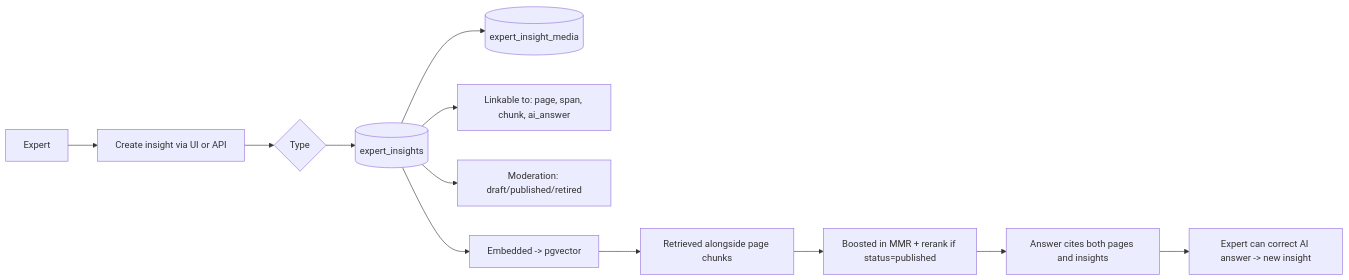
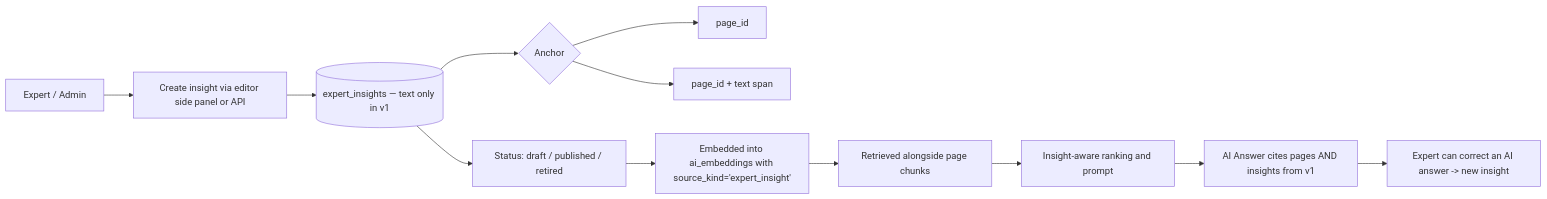
Before and after one commit to Hibaoui-Yahya/ConqrHub: the third of 7 diagrams in docs/conqrhub/master-plan.md, drawn with Mermaid. The commit also changed other lines of this file and 1 other file, not shown here.

First line of the commit message:
docs(conqrhub): v2 — Expert Insights as P0 differentiator

````diff
--- a/docs/conqrhub/master-plan.md
+++ b/docs/conqrhub/master-plan.md
@@ -266,14 +274,14 @@
 ```mermaid
 flowchart LR
-  EXP[Expert] --> CREATE[Create insight via UI or API]
-  CREATE --> TYPE{Type}
-  TYPE --> INSIGHT[(expert_insights)]
-  INSIGHT --> MEDIA[(expert_insight_media)]
-  INSIGHT --> LINK[Linkable to: page, span, chunk, ai_answer]
-  INSIGHT --> MOD[Moderation: draft/published/retired]
-  INSIGHT --> EMB2[Embedded -> pgvector]
+  EXP[Expert / Admin] --> CREATE[Create insight via editor side panel or API]
+  CREATE --> INSIGHT[(expert_insights — text only in v1)]
+  INSIGHT --> ANCHOR{Anchor}
+  ANCHOR --> P[page_id]
+  ANCHOR --> S[page_id + text span]
+  INSIGHT --> STATUS[Status: draft / published / retired]
+  STATUS --> EMB2[Embedded into ai_embeddings with source_kind='expert_insight']
   EMB2 --> RETR[Retrieved alongside page chunks]
-  RETR --> BOOST[Boosted in MMR + rerank if status=published]
-  BOOST --> ANSWER[Answer cites both pages and insights]
-  ANSWER --> EXPERT_REVIEW[Expert can correct AI answer -> new insight]
+  RETR --> BOOST[Insight-aware ranking and prompt]
+  BOOST --> ANSWER[AI Answer cites pages AND insights from v1]
+  ANSWER --> EXPERT_REVIEW[Expert can correct an AI answer -> new insight]
 ```
````
